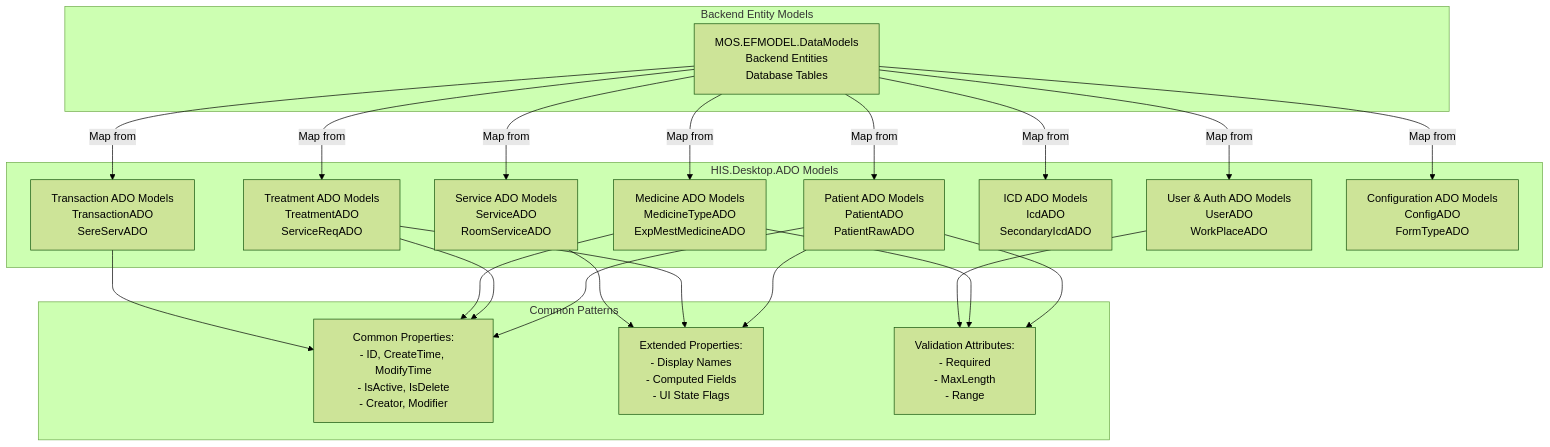
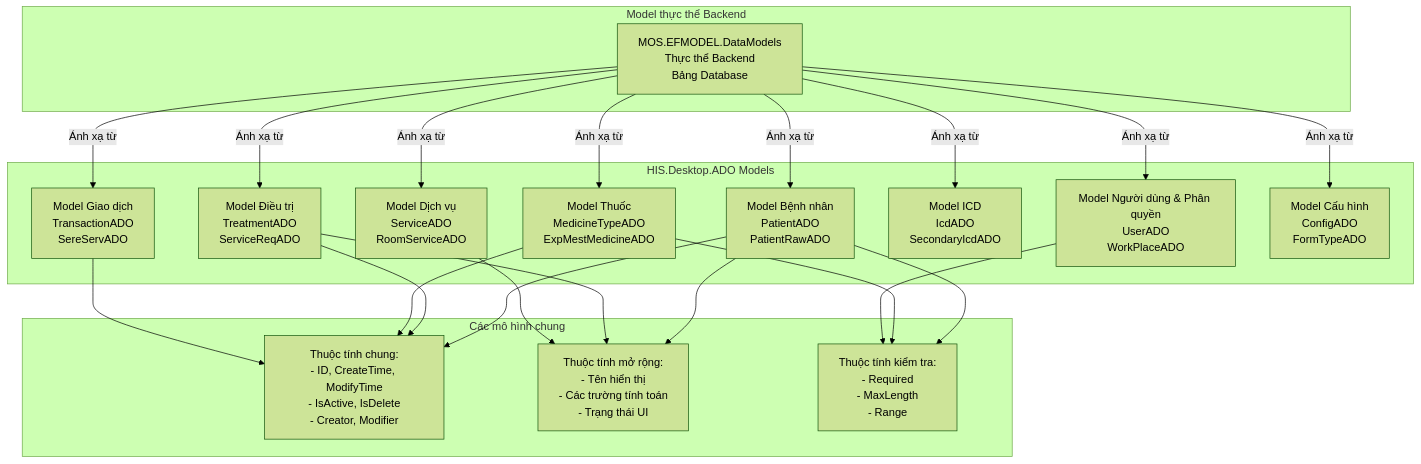
Before and after one commit to thangpnb/HIS: diagram 11 of 14 in docs/his-ba-documentation/04-integrations/helper-plugins.md, drawn with Mermaid (forest theme). The commit also changed other lines of this file and 30 other files, not shown here.

Commit message:
Refactor architecture docs and update translations

````diff
--- a/docs/his-ba-documentation/04-integrations/helper-plugins.md
+++ b/docs/his-ba-documentation/04-integrations/helper-plugins.md
@@ -567,45 +562,45 @@
 ```mermaid
 graph TB
-    subgraph "Backend Entity Models"
-        BE1["MOS.EFMODEL.DataModels<br/>Backend Entities<br/>Database Tables"]
+    subgraph "Model thực thể Backend"
+        BE1["MOS.EFMODEL.DataModels<br/>Thực thể Backend<br/>Bảng Database"]
     end
     
     subgraph "HIS.Desktop.ADO Models"
-        ADO1["Patient ADO Models<br/>PatientADO<br/>PatientRawADO"]
-        ADO2["Treatment ADO Models<br/>TreatmentADO<br/>ServiceReqADO"]
-        ADO3["Medicine ADO Models<br/>MedicineTypeADO<br/>ExpMestMedicineADO"]
-        ADO4["Transaction ADO Models<br/>TransactionADO<br/>SereServADO"]
-        ADO5["Service ADO Models<br/>ServiceADO<br/>RoomServiceADO"]
-        ADO6["ICD ADO Models<br/>IcdADO<br/>SecondaryIcdADO"]
-        ADO7["User & Auth ADO Models<br/>UserADO<br/>WorkPlaceADO"]
-        ADO8["Configuration ADO Models<br/>ConfigADO<br/>FormTypeADO"]
+        ADO1["Model Bệnh nhân<br/>PatientADO<br/>PatientRawADO"]
+        ADO2["Model Điều trị<br/>TreatmentADO<br/>ServiceReqADO"]
+        ADO3["Model Thuốc<br/>MedicineTypeADO<br/>ExpMestMedicineADO"]
+        ADO4["Model Giao dịch<br/>TransactionADO<br/>SereServADO"]
+        ADO5["Model Dịch vụ<br/>ServiceADO<br/>RoomServiceADO"]
+        ADO6["Model ICD<br/>IcdADO<br/>SecondaryIcdADO"]
+        ADO7["Model Người dùng & Phân quyền<br/>UserADO<br/>WorkPlaceADO"]
+        ADO8["Model Cấu hình<br/>ConfigADO<br/>FormTypeADO"]
     end
     
-    subgraph "Common Patterns"
-        Base["Common Properties:<br/>- ID, CreateTime, ModifyTime<br/>- IsActive, IsDelete<br/>- Creator, Modifier"]
-        Extended["Extended Properties:<br/>- Display Names<br/>- Computed Fields<br/>- UI State Flags"]
-        Validation["Validation Attributes:<br/>- Required<br/>- MaxLength<br/>- Range"]
+    subgraph "Các mô hình chung"
+        Base["Thuộc tính chung:<br/>- ID, CreateTime, ModifyTime<br/>- IsActive, IsDelete<br/>- Creator, Modifier"]
+        Extended["Thuộc tính mở rộng:<br/>- Tên hiển thị<br/>- Các trường tính toán<br/>- Trạng thái UI"]
+        Validation["Thuộc tính kiểm tra:<br/>- Required<br/>- MaxLength<br/>- Range"]
     end
     
-    BE1 -->|"Map from"| ADO1
-    BE1 -->|"Map from"| ADO2
-    BE1 -->|"Map from"| ADO3
-    BE1 -->|"Map from"| ADO4
-    BE1 -->|"Map from"| ADO5
-    BE1 -->|"Map from"| ADO6
-    BE1 -->|"Map from"| ADO7
-    BE1 -->|"Map from"| ADO8
+    BE1 -->|"Ánh xạ từ"| ADO1
+    BE1 -->|"Ánh xạ từ"| ADO2
+    BE1 -->|"Ánh xạ từ"| ADO3
+    BE1 -->|"Ánh xạ từ"| ADO4
+    BE1 -->|"Ánh xạ từ"| ADO5
+    BE1 -->|"Ánh xạ từ"| ADO6
+    BE1 -->|"Ánh xạ từ"| ADO7
+    BE1 -->|"Ánh xạ từ"| ADO8
     
     ADO1 --> Base
     ADO2 --> Base
     ADO3 --> Base
     ADO4 --> Base
     
     ADO1 --> Extended
     ADO2 --> Extended
     ADO5 --> Extended
     
     ADO1 --> Validation
     ADO3 --> Validation
     ADO7 --> Validation
 ```
````
